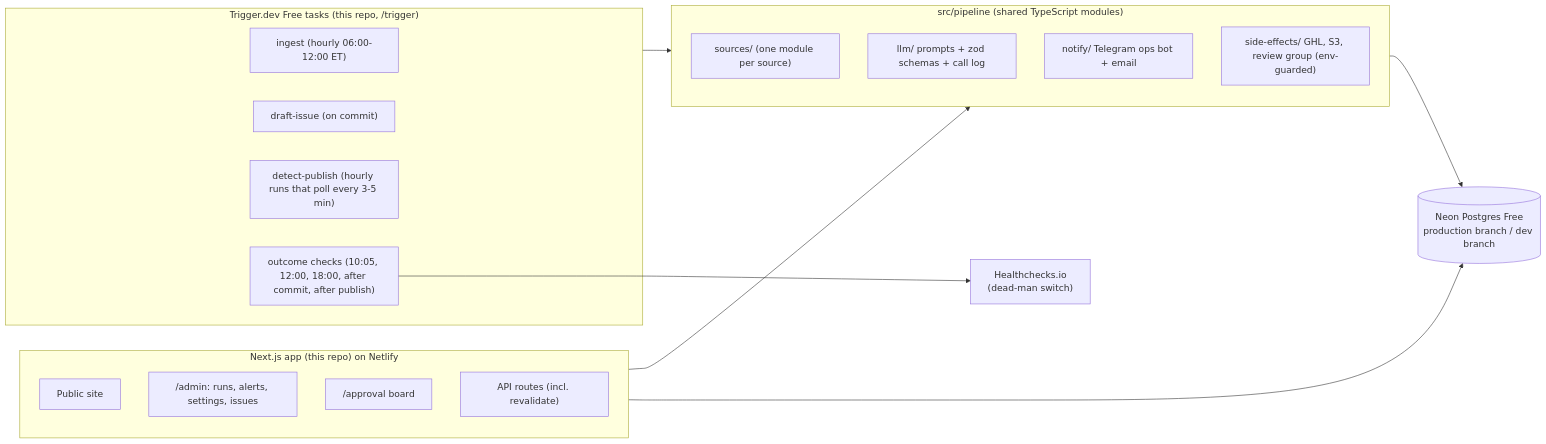
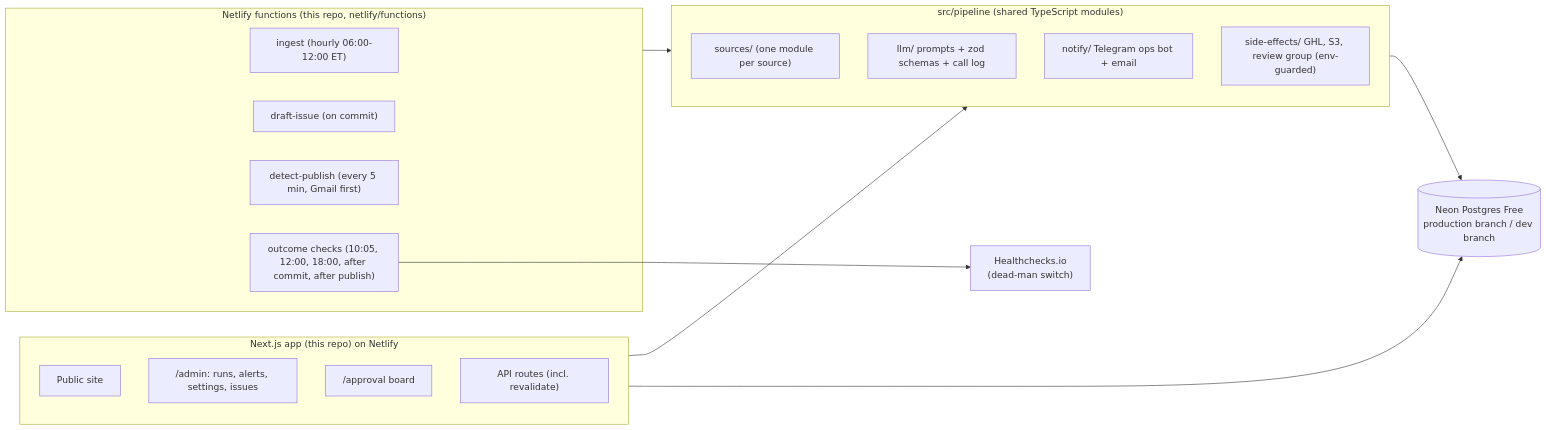
The diagram in docs/n8n-backend/70-migration-plan.md (Velocity-Alpha/ai-recap-newsletter), drawn with Mermaid before and after one commit. The commit also changed other lines of this file and 14 other files, not shown here.

First line of the commit message:
Run publish detection on Netlify, Gmail first, with a runner switch

````diff
--- a/docs/n8n-backend/70-migration-plan.md
+++ b/docs/n8n-backend/70-migration-plan.md
@@ -83,28 +83,28 @@
 ```mermaid
 flowchart LR
   subgraph APP["Next.js app (this repo) on Netlify"]
     SITE["Public site"]
     ADMIN["/admin: runs, alerts, settings, issues"]
     APPROVAL["/approval board"]
     API["API routes (incl. revalidate)"]
   end
-  subgraph JOBS["Trigger.dev Free tasks (this repo, /trigger)"]
+  subgraph JOBS["Netlify functions (this repo, netlify/functions)"]
     ING["ingest (hourly 06:00-12:00 ET)"]
     DRAFT["draft-issue (on commit)"]
-    PUB["detect-publish (hourly runs that poll every 3-5 min)"]
+    PUB["detect-publish (every 5 min, Gmail first)"]
     CHECK["outcome checks (10:05, 12:00, 18:00, after commit, after publish)"]
   end
   subgraph CORE["src/pipeline (shared TypeScript modules)"]
     SRC["sources/ (one module per source)"]
     LLM["llm/ prompts + zod schemas + call log"]
     NOTIFY["notify/ Telegram ops bot + email"]
     SIDE["side-effects/ GHL, S3, review group (env-guarded)"]
   end
   DB[("Neon Postgres Free<br/>production branch / dev branch")]
   APP --> CORE
   JOBS --> CORE
   CORE --> DB
   APP --> DB
   HB["Healthchecks.io<br/>(dead-man switch)"]
   CHECK --> HB
 ```
````
